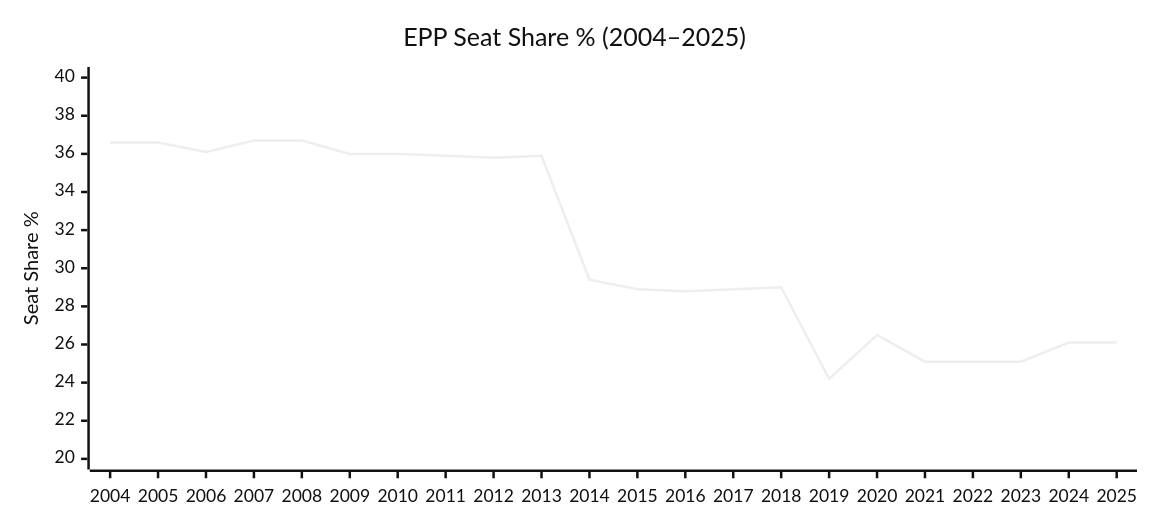
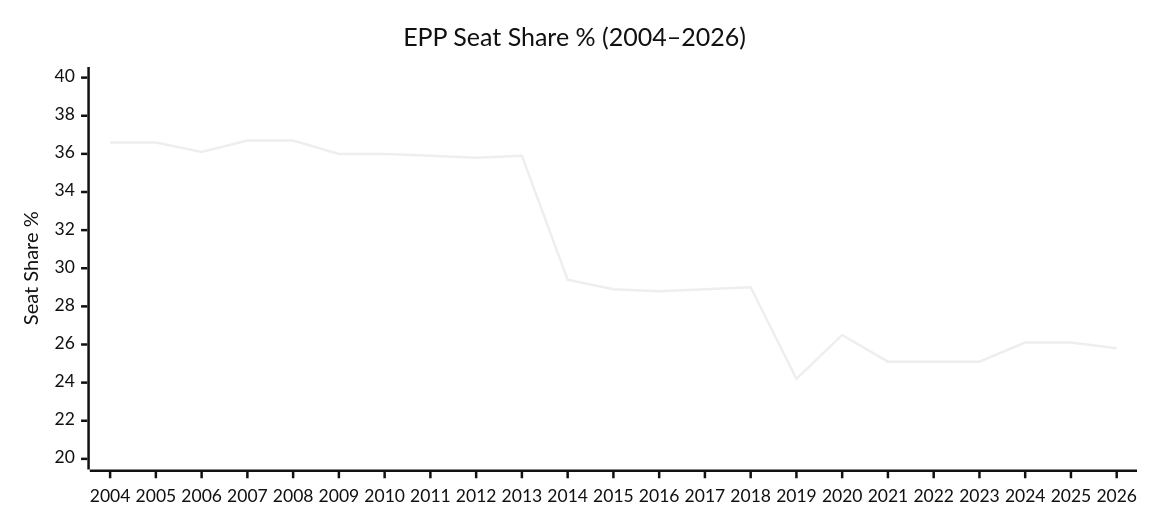
One commit to Hack23/European-Parliament-MCP-Server changed the second of 21 diagrams in EP_POLITICAL_LANDSCAPE.md. Above: the diagram before and after it, drawn with Mermaid (neutral theme). The commit also changed other lines of this file and 4 other files, not shown here.

````diff
--- a/EP_POLITICAL_LANDSCAPE.md
+++ b/EP_POLITICAL_LANDSCAPE.md
@@ -63,13 +65,13 @@
 ```mermaid
 ---
 config:
   xyChart:
     width: 900
     height: 400
 ---
 xychart-beta
-    title "EPP Seat Share % (2004–2025)"
-    x-axis [2004, 2005, 2006, 2007, 2008, 2009, 2010, 2011, 2012, 2013, 2014, 2015, 2016, 2017, 2018, 2019, 2020, 2021, 2022, 2023, 2024, 2025]
+    title "EPP Seat Share % (2004–2026)"
+    x-axis [2004, 2005, 2006, 2007, 2008, 2009, 2010, 2011, 2012, 2013, 2014, 2015, 2016, 2017, 2018, 2019, 2020, 2021, 2022, 2023, 2024, 2025, 2026]
     y-axis "Seat Share %" 20 --> 40
-    line [36.6, 36.6, 36.1, 36.7, 36.7, 36.0, 36.0, 35.9, 35.8, 35.9, 29.4, 28.9, 28.8, 28.9, 29.0, 24.2, 26.5, 25.1, 25.1, 25.1, 26.1, 26.1]
+    line [36.6, 36.6, 36.1, 36.7, 36.7, 36.0, 36.0, 35.9, 35.8, 35.9, 29.4, 28.9, 28.8, 28.9, 29.0, 24.2, 26.5, 25.1, 25.1, 25.1, 26.1, 26.1, 25.8]
 ```
````
